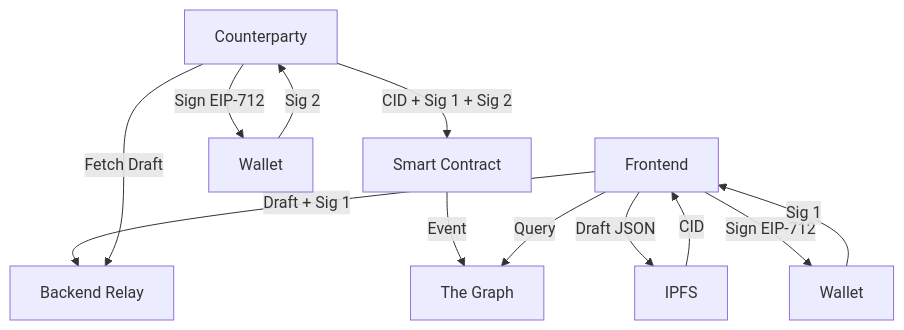
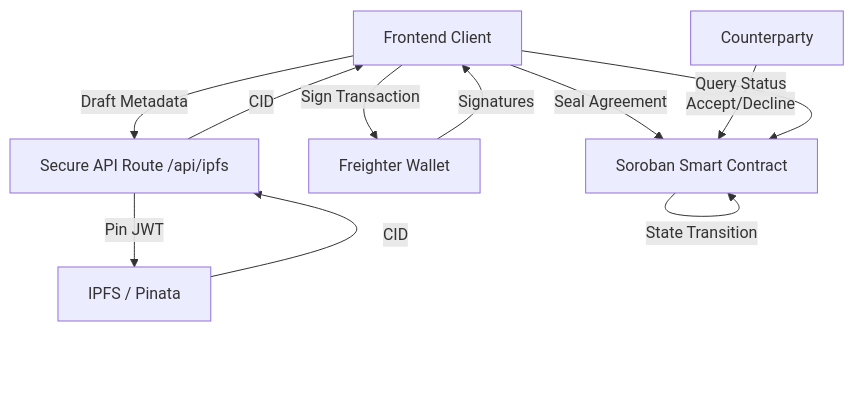
One commit to Soujanya-Mctrl/Nod changed the diagram in README.md. Above: the diagram before and after it, drawn with Mermaid. The commit also changed other lines of this file and 19 other files, not shown here.

````diff
--- a/README.md
+++ b/README.md
@@ -38,14 +38,14 @@
 ```mermaid
 graph TD
-    A[Frontend] -->|Draft JSON| B[IPFS]
+    A[Frontend Client] -->|Draft Metadata| B[Secure API Route /api/ipfs]
+    B -->|Pin JWT| C[IPFS / Pinata]
+    C -->|CID| B
     B -->|CID| A
-    A -->|Sign EIP-712| C[Wallet]
-    C -->|Sig 1| A
-    A -->|Draft + Sig 1| D[Backend Relay]
-    E[Counterparty] -->|Fetch Draft| D
-    E -->|Sign EIP-712| F[Wallet]
-    F -->|Sig 2| E
-    E -->|CID + Sig 1 + Sig 2| G[Smart Contract]
-    G -->|Event| H[The Graph]
-    A -->|Query| H
+    A -->|Sign Transaction| D[Freighter Wallet]
+    D -->|Signatures| A
+    A -->|Seal Agreement| E[Soroban Smart Contract]
+    E -->|Lock Escrow| E
+    F[Counterparty] -->|Accept/Decline| E
+    E -->|State Transition| E
+    A -->|Query Status| E
 ```
````
